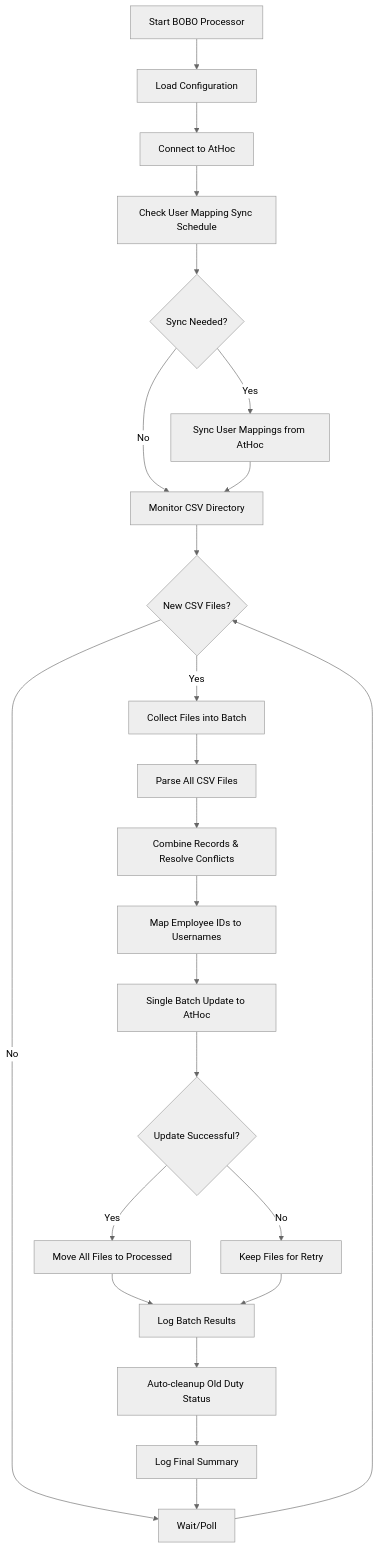
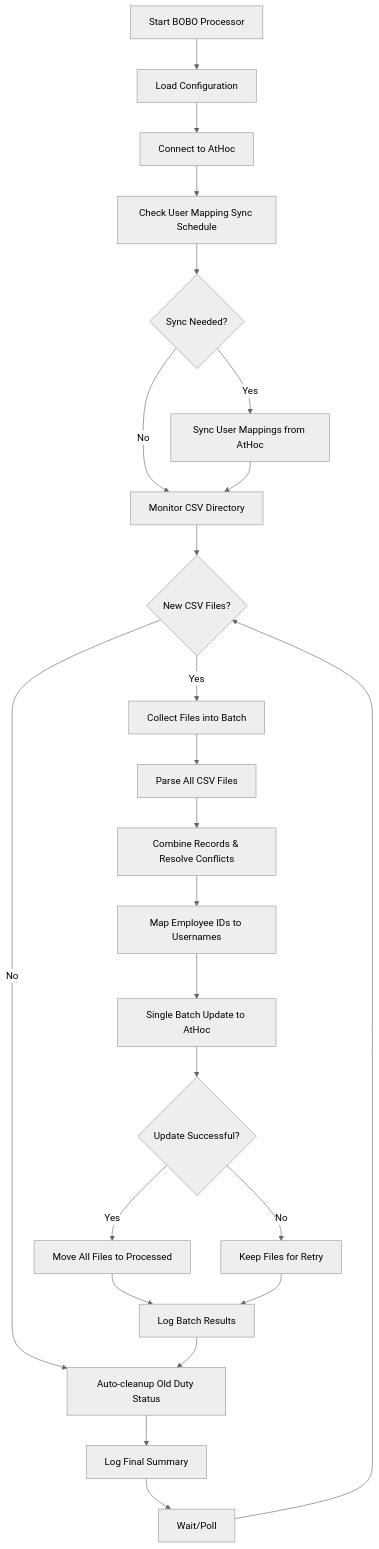
The diagram in README.md (phrixx/dms_python1), drawn with Mermaid (neutral theme) before and after one commit.

````diff
--- a/README.md
+++ b/README.md
@@ -137,32 +137,32 @@
 ```mermaid
 flowchart TD
     A[Start BOBO Processor] --> B[Load Configuration]
     B --> C[Connect to AtHoc]
     C --> D[Check User Mapping Sync Schedule]
     
     D --> E{Sync Needed?}
     E -->|Yes| F[Sync User Mappings from AtHoc]
     E -->|No| G[Monitor CSV Directory]
     F --> G
     
     G --> H{New CSV Files?}
-    H -->|No| I[Wait/Poll]
+    H -->|No| S[Auto-cleanup Old Duty Status]
     H -->|Yes| J[Collect Files into Batch]
     
     J --> K[Parse All CSV Files]
     K --> L[Combine Records & Resolve Conflicts]
     L --> M[Map Employee IDs to Usernames]
     M --> N[Single Batch Update to AtHoc]
     N --> O{Update Successful?}
     
     O -->|Yes| P[Move All Files to Processed]
     O -->|No| Q[Keep Files for Retry]
     P --> R[Log Batch Results]
     Q --> R
     
     R --> S[Auto-cleanup Old Duty Status]
     S --> T[Log Final Summary]
-    T --> I
+    T --> I[Wait/Poll]
     
     I --> H
 ```
````
